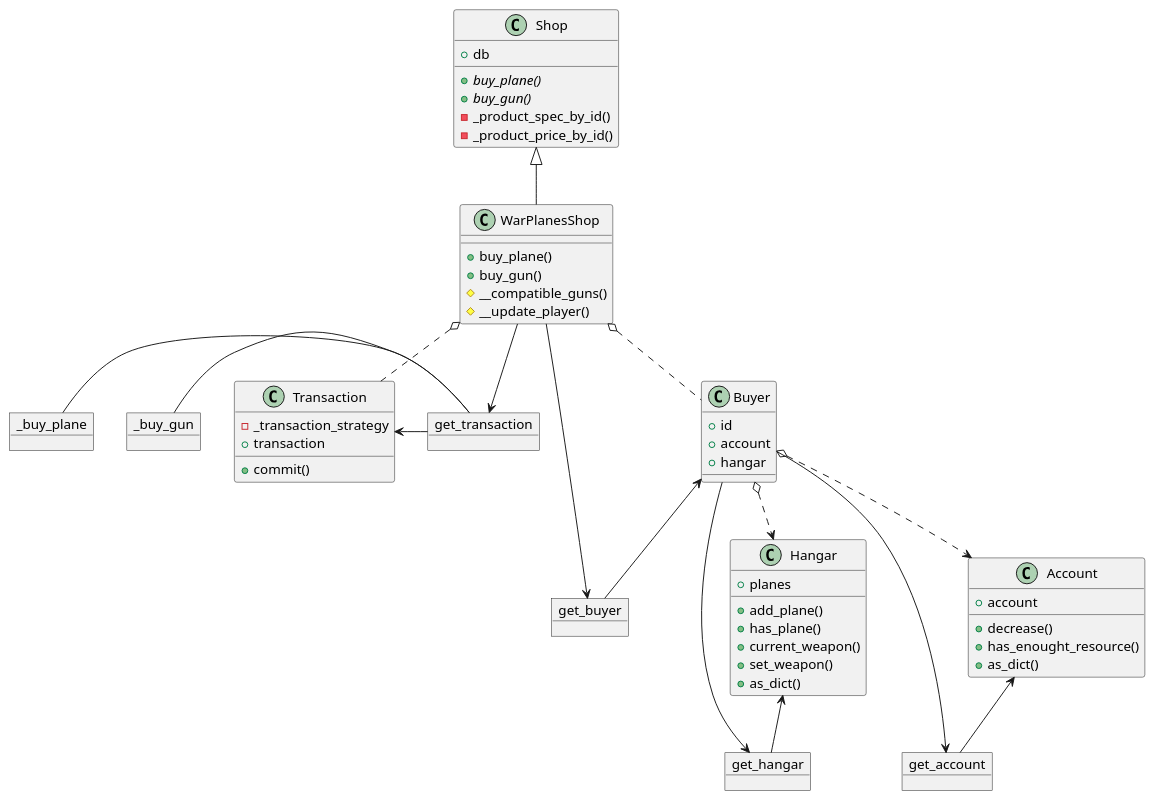
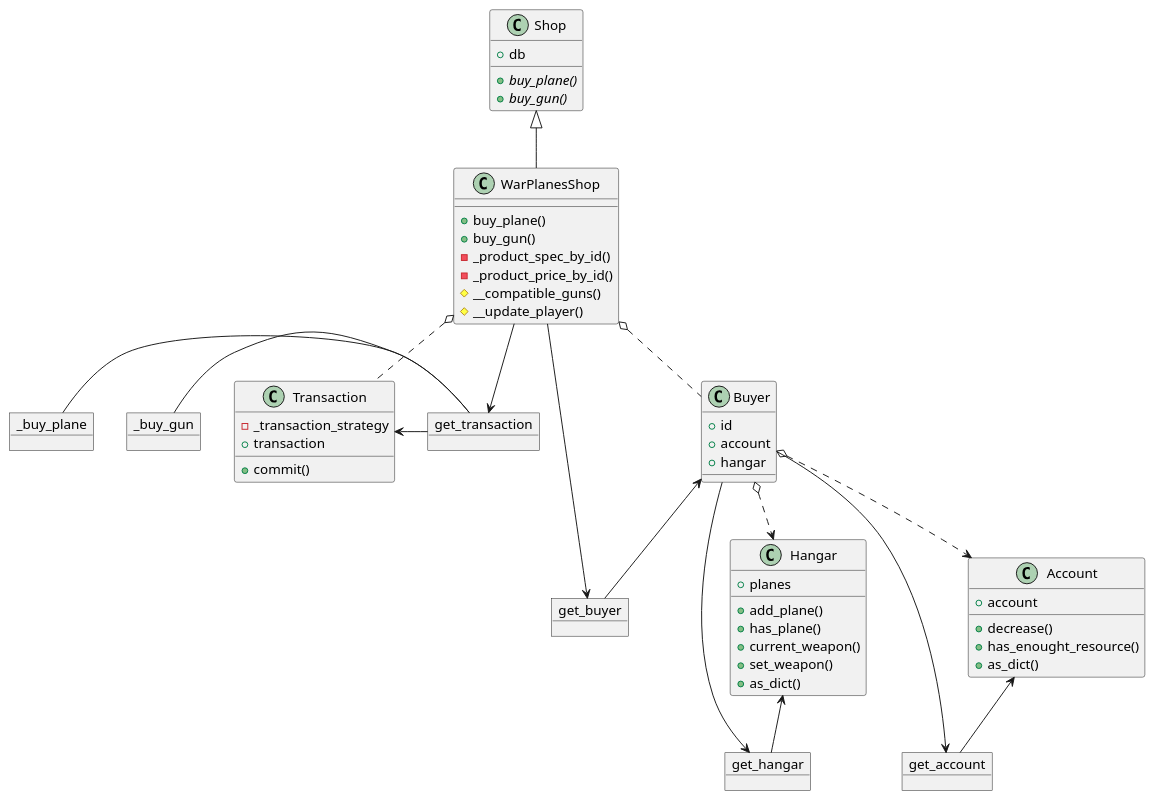
Before and after one commit to ronie2/war: the diagram in docs/class_diagram.puml, drawn with PlantUML. The commit also changed other lines of this file and 11 other files, not shown here.

```diff
--- a/docs/class_diagram.puml
+++ b/docs/class_diagram.puml
@@ -1,64 +1,64 @@
 @startuml
 
 object get_transaction
 object _buy_plane
 object _buy_gun
 
 object get_hangar
 object get_buyer
 object get_account
 
 class Shop {
 + db
 {abstract} + buy_plane()
 {abstract} + buy_gun()
-- _product_spec_by_id()
-- _product_price_by_id()
 }
 class WarPlanesShop {
 + buy_plane()
 + buy_gun()
+- _product_spec_by_id()
+- _product_price_by_id()
 # __compatible_guns()
 # __update_player()
 }
 class Buyer {
 + id
 + account
 + hangar
 }
 class Account {
 + account
 + decrease()
 + has_enought_resource()
 + as_dict()
 }
 class Hangar {
 + planes
 + add_plane()
 + has_plane()
 + current_weapon()
 + set_weapon()
 + as_dict()
 }
 class Transaction {
 - _transaction_strategy
 + transaction
 + commit()
 }
 Shop <|-- WarPlanesShop
 Account <-- get_account
 Hangar <-- get_hangar
 Transaction <- get_transaction
 Buyer <-- get_buyer
 Buyer --> get_account
 Buyer --> get_hangar
 Buyer o..> Account
 Buyer o..> Hangar
 WarPlanesShop -> get_buyer
 WarPlanesShop --> get_transaction
 WarPlanesShop o.. Buyer
 WarPlanesShop o.. Transaction
 _buy_plane - get_transaction
 _buy_gun - get_transaction
 
 @enduml
```
